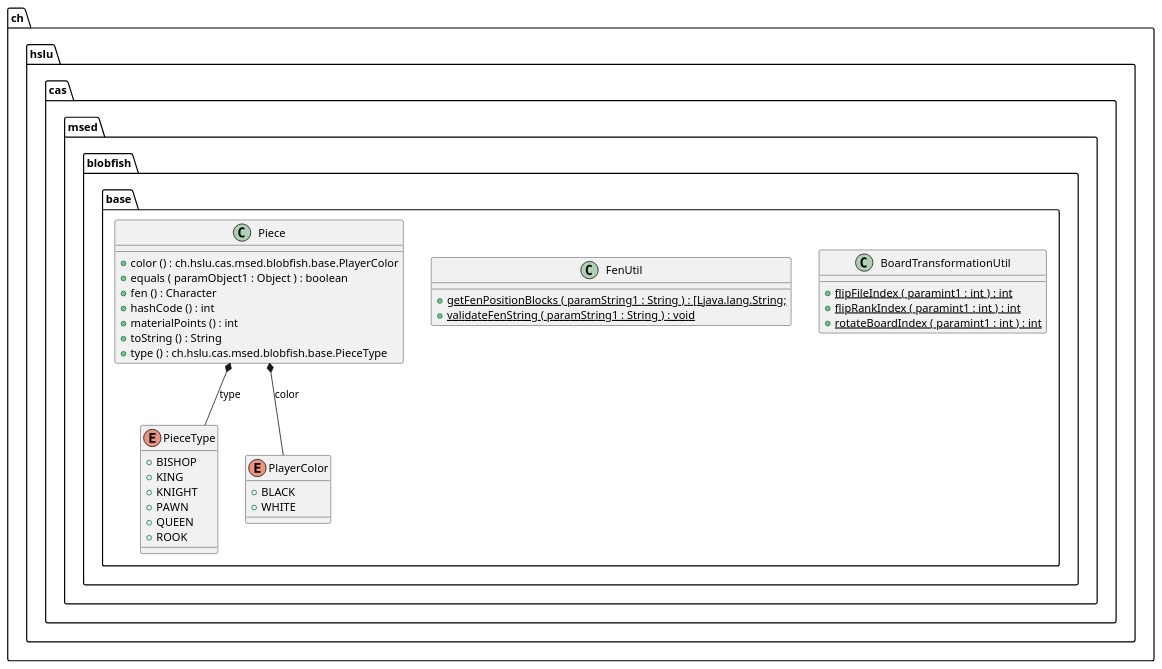
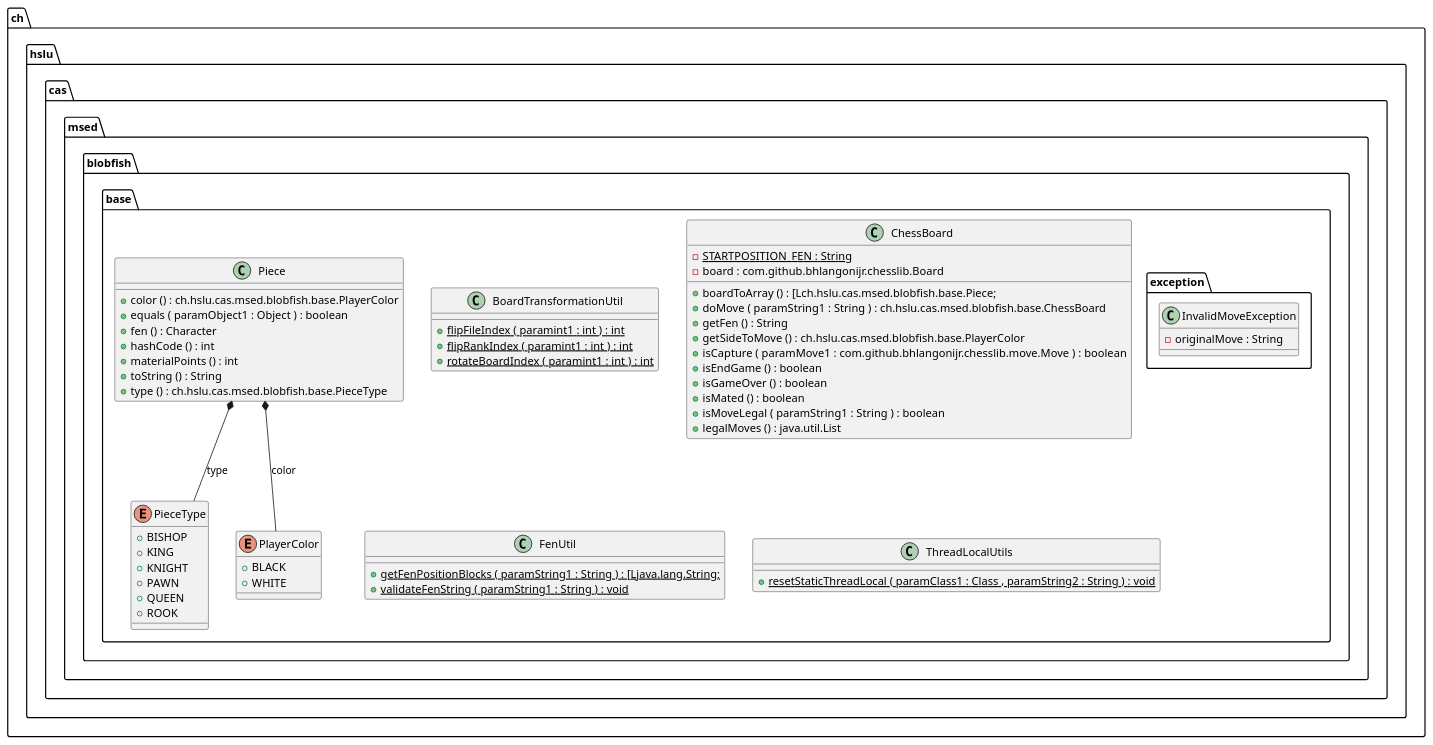
The diagram in docs/generated-diagrams/base.puml (l2c0r3/blobfish), drawn with PlantUML before and after one commit. The commit also changed 173 other files, not shown here.

```diff
--- a/docs/generated-diagrams/base.puml
+++ b/docs/generated-diagrams/base.puml
@@ -1,49 +1,75 @@
 @startuml
 
 class ch.hslu.cas.msed.blobfish.base.BoardTransformationUtil {
 	{method}  {static} +flipFileIndex ( paramint1 : int ) : int
 	{method}  {static} +flipRankIndex ( paramint1 : int ) : int
 	{method}  {static} +rotateBoardIndex ( paramint1 : int ) : int
+}
+
+
+class ch.hslu.cas.msed.blobfish.base.ChessBoard {
+	{field} {static} -STARTPOSITION_FEN : String
+	{field} -board : com.github.bhlangonijr.chesslib.Board
+	{method} +boardToArray () : [Lch.hslu.cas.msed.blobfish.base.Piece;
+	{method} +doMove ( paramString1 : String ) : ch.hslu.cas.msed.blobfish.base.ChessBoard
+	{method} +getFen () : String
+	{method} +getSideToMove () : ch.hslu.cas.msed.blobfish.base.PlayerColor
+	{method} +isCapture ( paramMove1 : com.github.bhlangonijr.chesslib.move.Move ) : boolean
+	{method} +isEndGame () : boolean
+	{method} +isGameOver () : boolean
+	{method} +isMated () : boolean
+	{method} +isMoveLegal ( paramString1 : String ) : boolean
+	{method} +legalMoves () : java.util.List
 }
 
 
 class ch.hslu.cas.msed.blobfish.base.FenUtil {
 	{method}  {static} +getFenPositionBlocks ( paramString1 : String ) : [Ljava.lang.String;
 	{method}  {static} +validateFenString ( paramString1 : String ) : void
 }
 
 
 class ch.hslu.cas.msed.blobfish.base.Piece {
 	{method} +color () : ch.hslu.cas.msed.blobfish.base.PlayerColor
 	{method} +equals ( paramObject1 : Object ) : boolean
 	{method} +fen () : Character
 	{method} +hashCode () : int
 	{method} +materialPoints () : int
 	{method} +toString () : String
 	{method} +type () : ch.hslu.cas.msed.blobfish.base.PieceType
 }
 
 
 enum ch.hslu.cas.msed.blobfish.base.PieceType {
 	{field} +BISHOP
 	{field} +KING
 	{field} +KNIGHT
 	{field} +PAWN
 	{field} +QUEEN
 	{field} +ROOK
 }
 
 
 enum ch.hslu.cas.msed.blobfish.base.PlayerColor {
 	{field} +BLACK
 	{field} +WHITE
 }
 
 
+class ch.hslu.cas.msed.blobfish.base.ThreadLocalUtils {
+	{method}  {static} +resetStaticThreadLocal ( paramClass1 : Class , paramString2 : String ) : void
+}
+
+
+class ch.hslu.cas.msed.blobfish.base.exception.InvalidMoveException {
+	{field} -originalMove : String
+}
+
+
 
 
 ch.hslu.cas.msed.blobfish.base.Piece *--  ch.hslu.cas.msed.blobfish.base.PieceType : type
 ch.hslu.cas.msed.blobfish.base.Piece *--  ch.hslu.cas.msed.blobfish.base.PlayerColor : color
 
 
 @enduml
```
